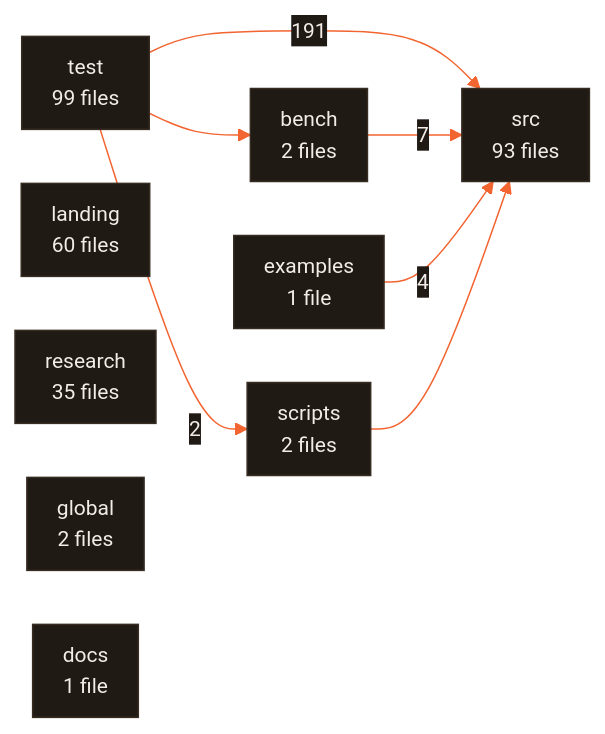
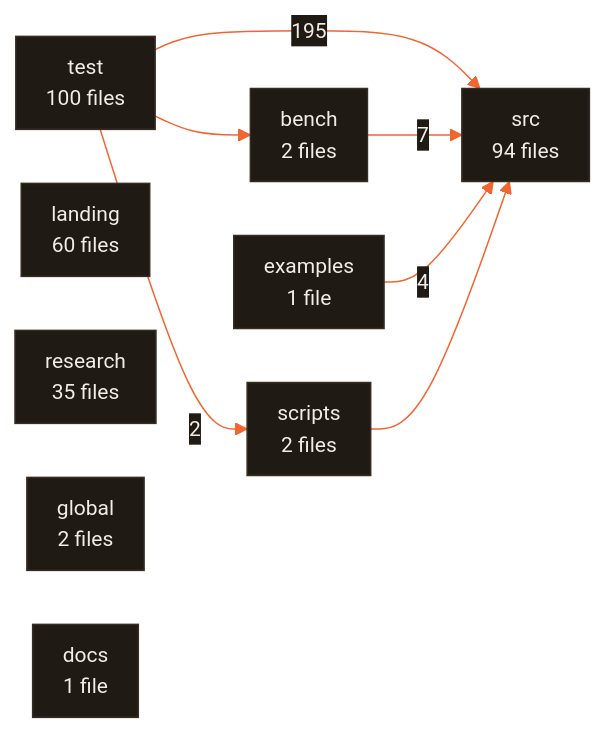
The fifth of 5 diagrams in ARCHITECTURE.md (CodeWithJuber/forgekit), drawn with Mermaid before and after one commit. The commit also changed other lines of this file and 15 other files, not shown here.

````diff
--- a/ARCHITECTURE.md
+++ b/ARCHITECTURE.md
@@ -521,19 +521,19 @@
 ```mermaid
 %%{init: {'theme':'base','themeVariables':{'primaryColor':'#201a15','primaryTextColor':'#f2ede7','primaryBorderColor':'#372c22','lineColor':'#f26430','secondaryColor':'#272019','tertiaryColor':'#171310','edgeLabelBackground':'#201a15','clusterBkg':'#171310','clusterBorder':'#4a3b2e','fontFamily':'ui-sans-serif, system-ui, sans-serif','fontSize':'14px'},'flowchart':{'curve':'basis','padding':10,'nodeSpacing':36,'rankSpacing':44}}}%%
 flowchart LR
-  test["test<br/>99 files"]
-  src["src<br/>93 files"]
+  test["test<br/>100 files"]
+  src["src<br/>94 files"]
   landing["landing<br/>60 files"]
   research["research<br/>35 files"]
   bench["bench<br/>2 files"]
   global["global<br/>2 files"]
   scripts["scripts<br/>2 files"]
   docs["docs<br/>1 file"]
   examples["examples<br/>1 file"]
-  test -- 191 --> src
+  test -- 195 --> src
   bench -- 7 --> src
   examples -- 4 --> src
   test -- 2 --> scripts
   scripts --> src
   test --> bench
 ```
````
